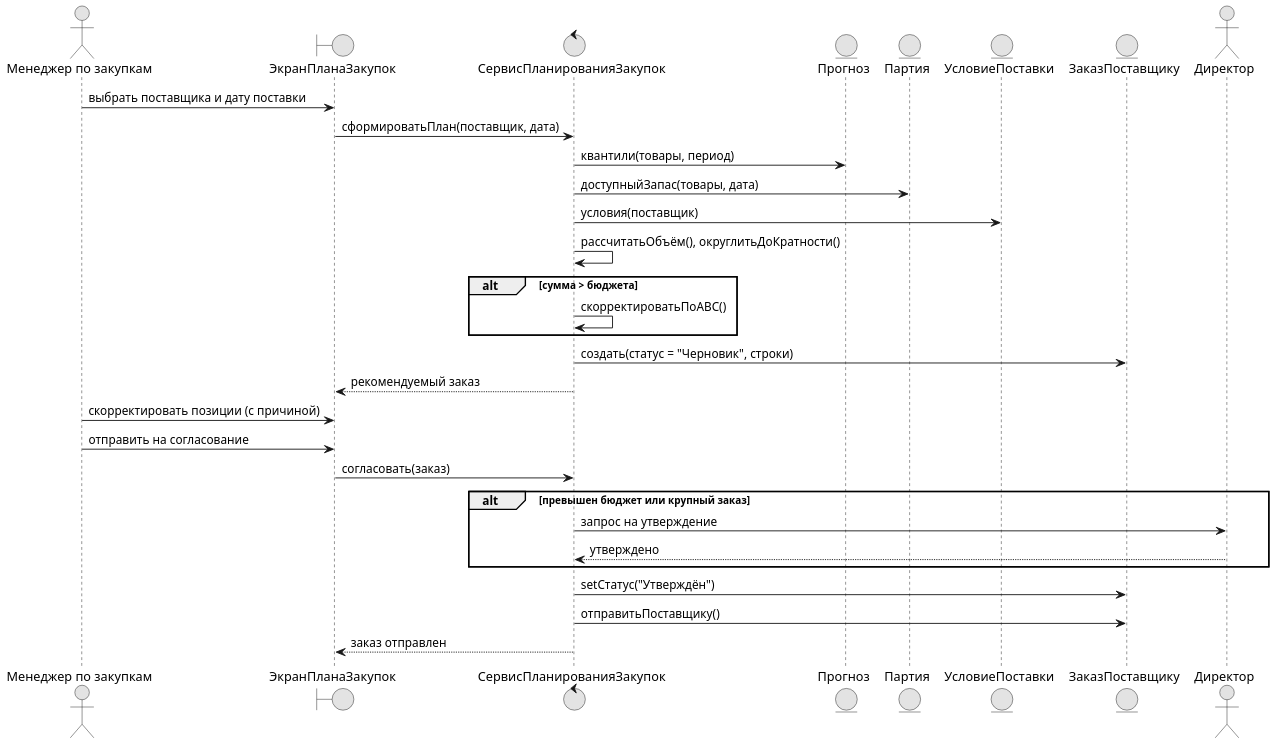
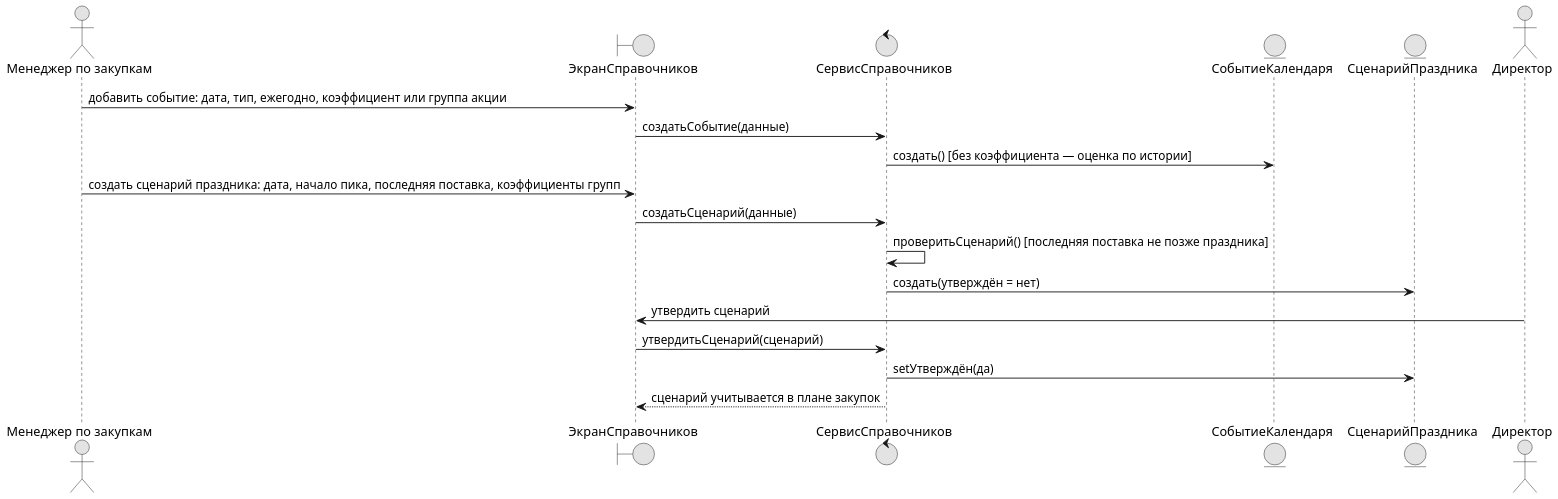
The diagram in diagrams/uml_seq_2.puml (DarkSwordman999/flower-demand-planning), drawn with PlantUML before and after one commit. The commit also changed 69 other files, not shown here.

Commit message:
ПР 7-8 пересобран: диаграммы взаимодействия по всем вариантам использования, классы, состояния, компоненты и развёртывание

```diff
--- a/diagrams/uml_seq_2.puml
+++ b/diagrams/uml_seq_2.puml
@@ -1,36 +1,24 @@
 @startuml
 !pragma layout smetana
 skinparam dpi 150
 skinparam defaultFontName Arial
 skinparam shadowing false
 skinparam monochrome true
 actor "Менеджер по закупкам" as MZ
-boundary "ЭкранПланаЗакупок" as UI
-control "СервисПланированияЗакупок" as S
-entity "Прогноз" as F
-entity "Партия" as P
-entity "УсловиеПоставки" as U
-entity "ЗаказПоставщику" as Z
+boundary "ЭкранСправочников" as UI
+control "СервисСправочников" as S
+entity "СобытиеКалендаря" as EV
+entity "СценарийПраздника" as SC
 actor "Директор" as DIR
-MZ -> UI : выбрать поставщика и дату поставки
-UI -> S : сформироватьПлан(поставщик, дата)
-S -> F : квантили(товары, период)
-S -> P : доступныйЗапас(товары, дата)
-S -> U : условия(поставщик)
-S -> S : рассчитатьОбъём(), округлитьДоКратности()
-alt сумма > бюджета
-  S -> S : скорректироватьПоABC()
-end
-S -> Z : создать(статус = "Черновик", строки)
-S --> UI : рекомендуемый заказ
-MZ -> UI : скорректировать позиции (с причиной)
-MZ -> UI : отправить на согласование
-UI -> S : согласовать(заказ)
-alt превышен бюджет или крупный заказ
-  S -> DIR : запрос на утверждение
-  DIR --> S : утверждено
-end
-S -> Z : setСтатус("Утверждён")
-S -> Z : отправитьПоставщику()
-S --> UI : заказ отправлен
+MZ -> UI : добавить событие: дата, тип, ежегодно, коэффициент или группа акции
+UI -> S : создатьСобытие(данные)
+S -> EV : создать() [без коэффициента — оценка по истории]
+MZ -> UI : создать сценарий праздника: дата, начало пика, последняя поставка, коэффициенты групп
+UI -> S : создатьСценарий(данные)
+S -> S : проверитьСценарий() [последняя поставка не позже праздника]
+S -> SC : создать(утверждён = нет)
+DIR -> UI : утвердить сценарий
+UI -> S : утвердитьСценарий(сценарий)
+S -> SC : setУтверждён(да)
+S --> UI : сценарий учитывается в плане закупок
 @enduml
```
